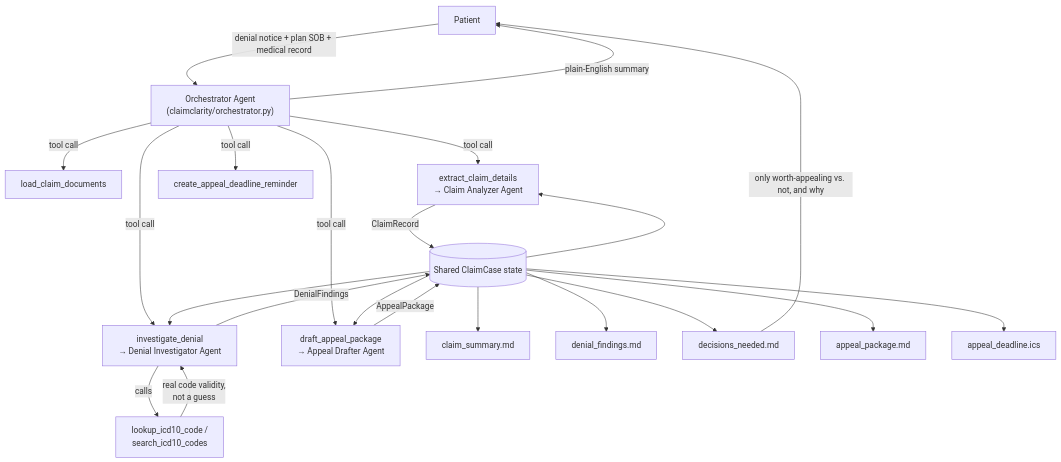
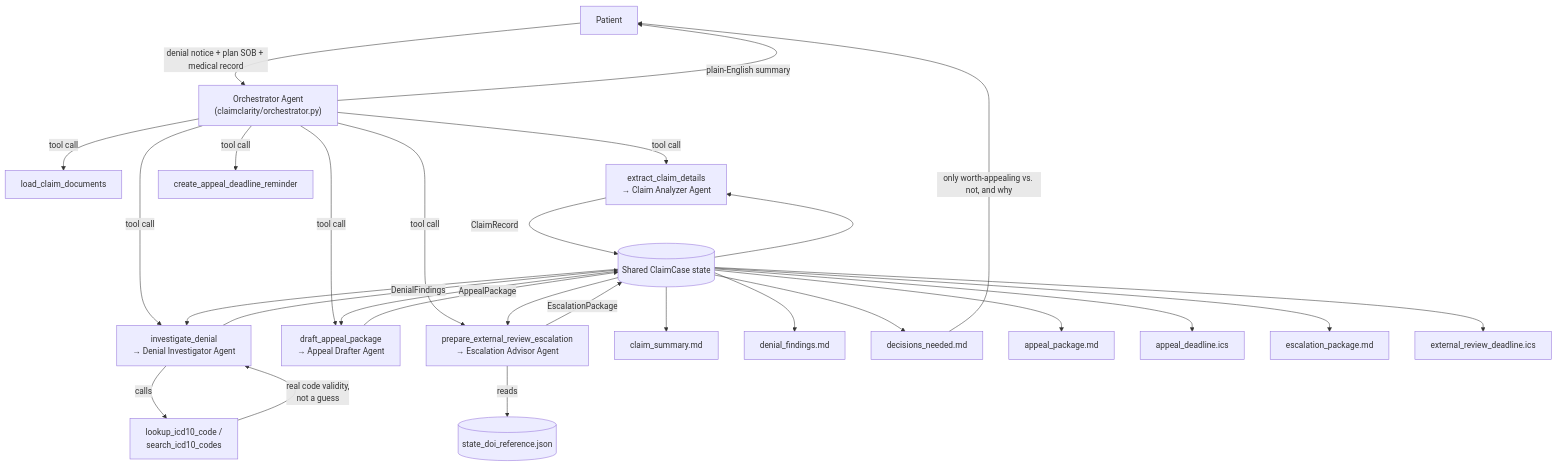
One commit to akashtalole/Agents-for-Humans-Hackathon changed the diagram in CLAIMCLARITY.md. Above: the diagram before and after it, drawn with Mermaid. The commit also changed other lines of this file and 16 other files, not shown here.

````diff
--- a/CLAIMCLARITY.md
+++ b/CLAIMCLARITY.md
@@ -73,29 +83,36 @@
 ```mermaid
 flowchart TD
     U[Patient] -->|denial notice + plan SOB + medical record| O["Orchestrator Agent\n(claimclarity/orchestrator.py)"]
 
     O -->|tool call| L[load_claim_documents]
     O -->|tool call| A["extract_claim_details\n→ Claim Analyzer Agent"]
     O -->|tool call| R[create_appeal_deadline_reminder]
     O -->|tool call| I["investigate_denial\n→ Denial Investigator Agent"]
     O -->|tool call| P["draft_appeal_package\n→ Appeal Drafter Agent"]
+    O -->|tool call| E["prepare_external_review_escalation\n→ Escalation Advisor Agent"]
 
     I -->|calls| ICD["lookup_icd10_code /\nsearch_icd10_codes"]
     ICD -->|real code validity,\nnot a guess| I
 
+    E -->|reads| DOI[(state_doi_reference.json)]
+
     A -->|ClaimRecord| J[(Shared ClaimCase state)]
     I -->|DenialFindings| J
     P -->|AppealPackage| J
+    E -->|EscalationPackage| J
     J --> A
     J --> I
     J --> P
+    J --> E
 
     J --> F1[claim_summary.md]
     J --> F2[denial_findings.md]
     J --> F3[decisions_needed.md]
     J --> F4[appeal_package.md]
     J --> F5[appeal_deadline.ics]
+    J --> F6[escalation_package.md]
+    J --> F7[external_review_deadline.ics]
 
     O -->|plain-English summary| U
     F3 -->|only worth-appealing vs. not, and why| U
 ```
````
